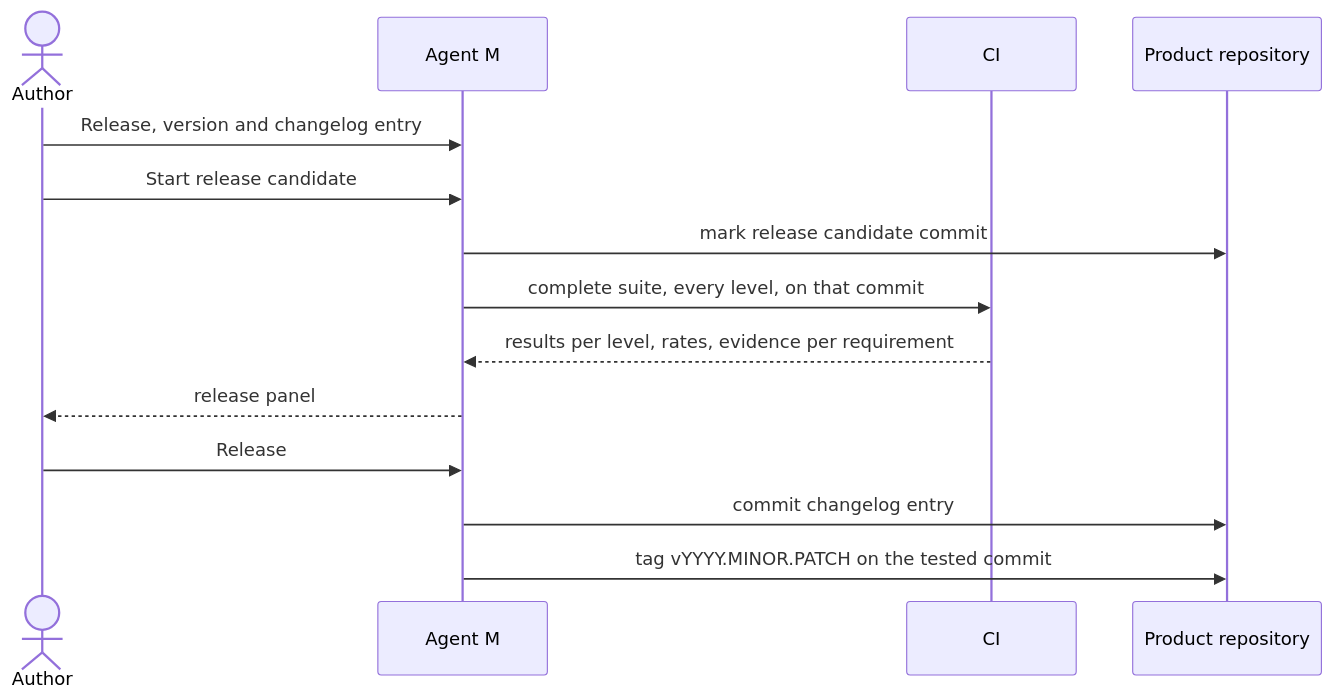
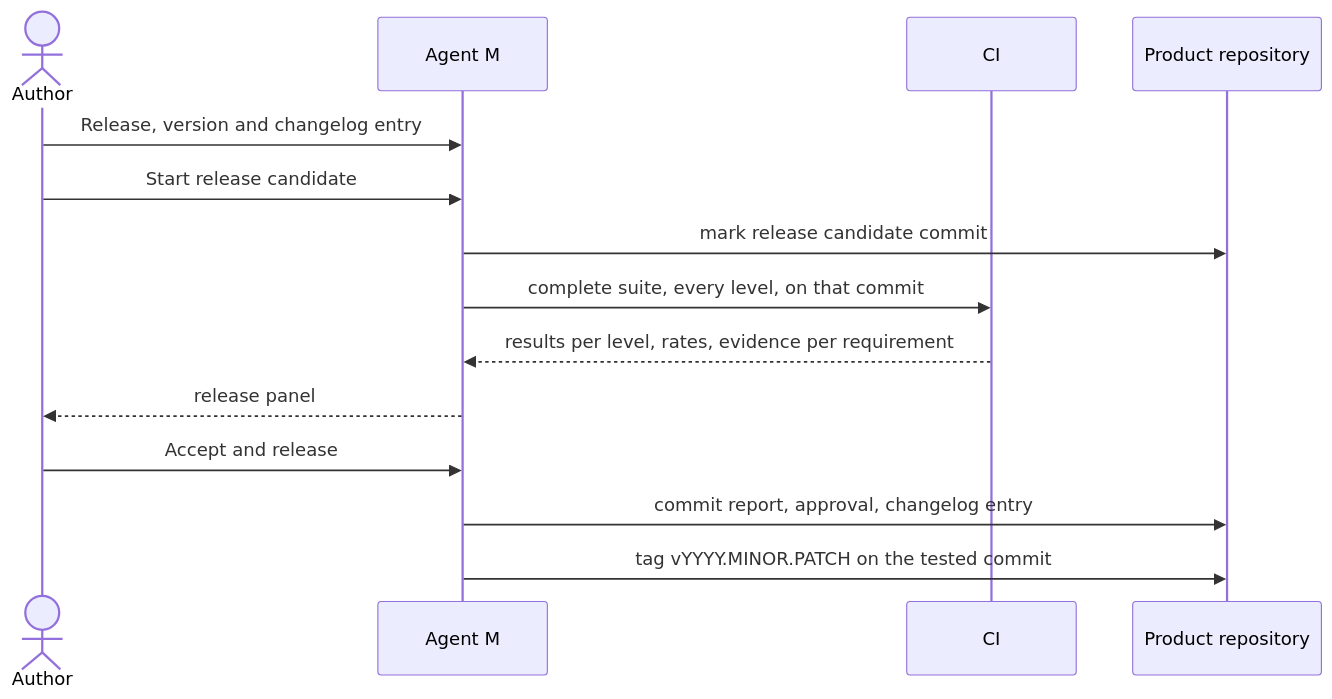
Before and after one commit to akmaier/agent-m: the diagram in docs/use-cases/UC-013-release-a-version.md, drawn with Mermaid. The commit also changed other lines of this file and 29 other files, not shown here.

````diff
--- a/docs/use-cases/UC-013-release-a-version.md
+++ b/docs/use-cases/UC-013-release-a-version.md
@@ -62,16 +64,16 @@
 ```mermaid
 sequenceDiagram
     actor A as Author
     participant M as Agent M
     participant C as CI
     participant G as Product repository
     A->>M: Release, version and changelog entry
     A->>M: Start release candidate
     M->>G: mark release candidate commit
     M->>C: complete suite, every level, on that commit
     C-->>M: results per level, rates, evidence per requirement
     M-->>A: release panel
-    A->>M: Release
-    M->>G: commit changelog entry
+    A->>M: Accept and release
+    M->>G: commit report, approval, changelog entry
     M->>G: tag vYYYY.MINOR.PATCH on the tested commit
 ```
````
